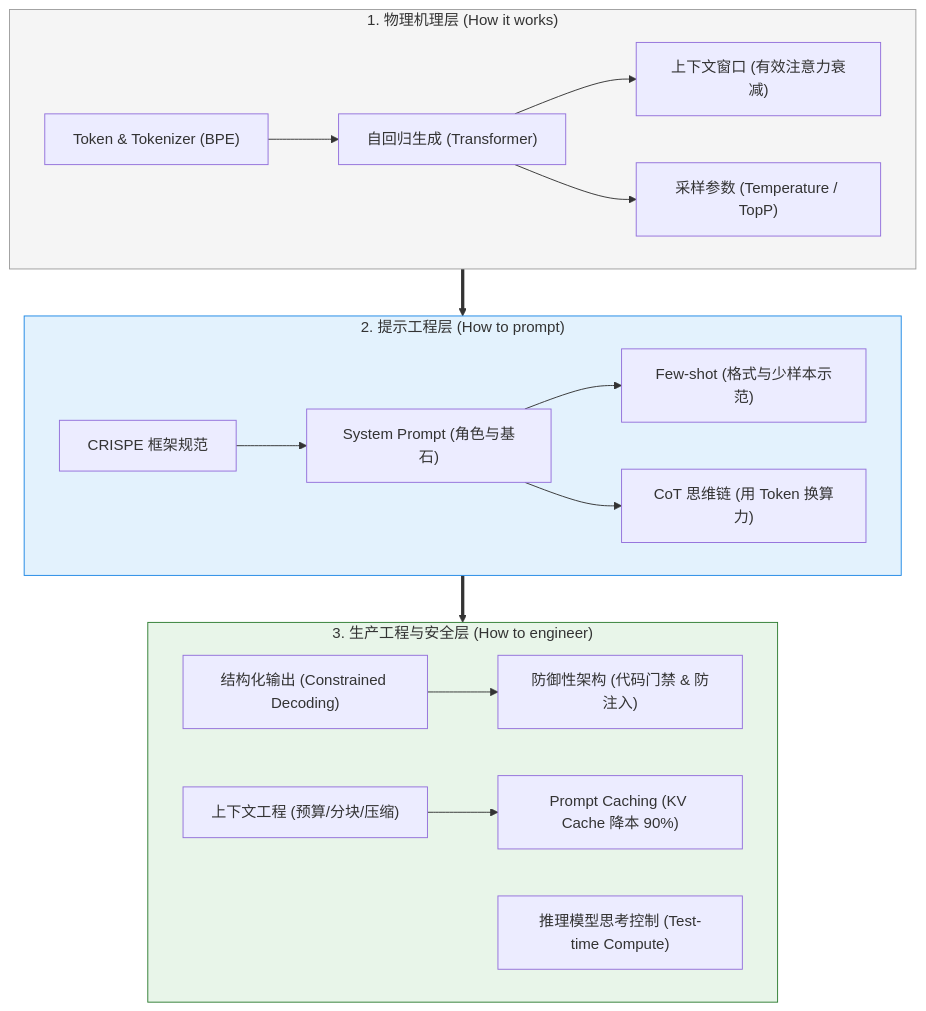
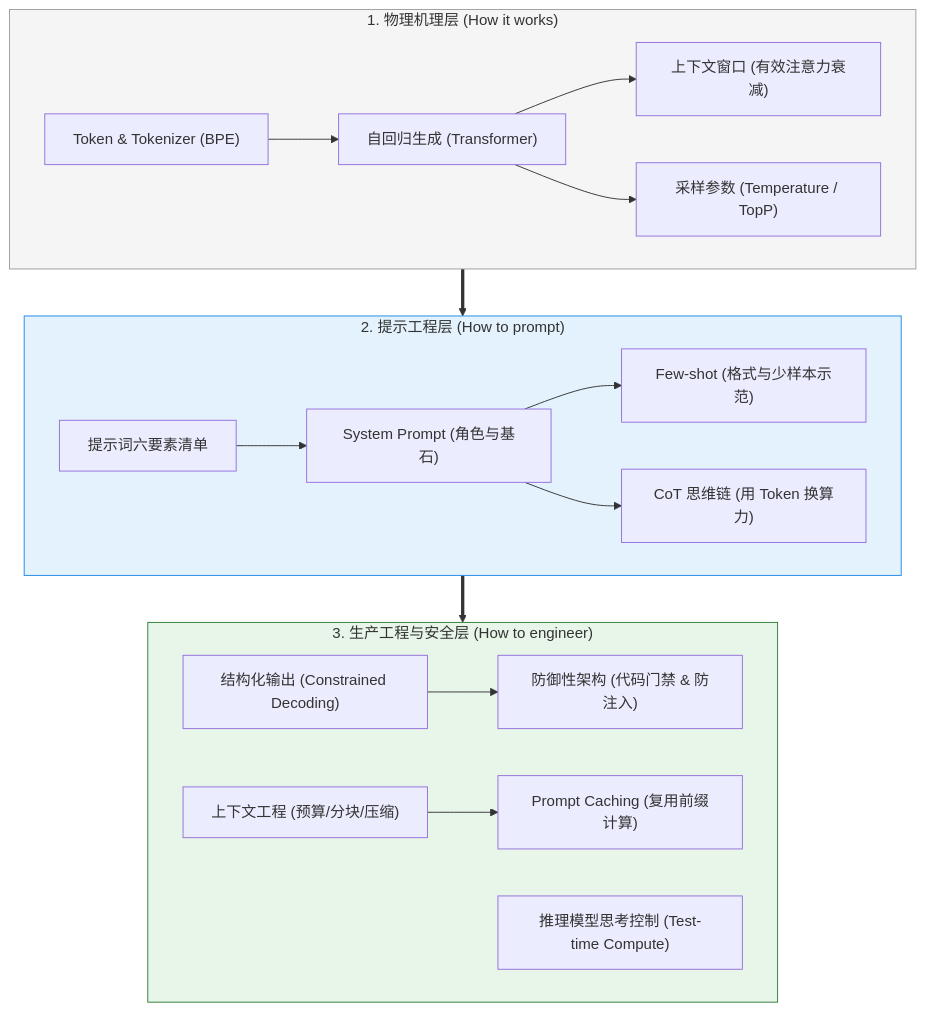
The diagram in 10-AI应用开发/01-LLM基础与Prompt/99-本章总结与复习.md (GuoWWWX/knowledge-base), drawn with Mermaid before and after one commit. The commit also changed other lines of this file and 251 other files, not shown here.

````diff
--- a/10-AI应用开发/01-LLM基础与Prompt/99-本章总结与复习.md
+++ b/10-AI应用开发/01-LLM基础与Prompt/99-本章总结与复习.md
@@ -25,27 +25,27 @@
 ```mermaid
 graph TD
     subgraph S1["1. 物理机理层 (How it works)"]
         T["Token & Tokenizer (BPE)"] --> LLM["自回归生成 (Transformer)"]
         LLM --> CW["上下文窗口 (有效注意力衰减)"]
         LLM --> SM["采样参数 (Temperature / TopP)"]
     end
 
     subgraph S2["2. 提示工程层 (How to prompt)"]
-        PE["CRISPE 框架规范"] --> SP["System Prompt (角色与基石)"]
+        PE["提示词六要素清单"] --> SP["System Prompt (角色与基石)"]
         SP --> FS["Few-shot (格式与少样本示范)"]
         SP --> CoT["CoT 思维链 (用 Token 换算力)"]
     end
 
     subgraph S3["3. 生产工程与安全层 (How to engineer)"]
         SO["结构化输出 (Constrained Decoding)"] --> DEF["防御性架构 (代码门禁 & 防注入)"]
-        CTX["上下文工程 (预算/分块/压缩)"] --> CACHE["Prompt Caching (KV Cache 降本 90%)"]
+        CTX["上下文工程 (预算/分块/压缩)"] --> CACHE["Prompt Caching (复用前缀计算)"]
         REAS["推理模型思考控制 (Test-time Compute)"]
     end
 
     S1 ==> S2
     S2 ==> S3
 
     style S1 fill:#f5f5f5,stroke:#9e9e9e,stroke-width:1px
     style S2 fill:#e3f2fd,stroke:#1e88e5,stroke-width:1px
     style S3 fill:#e8f5e9,stroke:#2e7d32,stroke-width:1px
 ```
````
